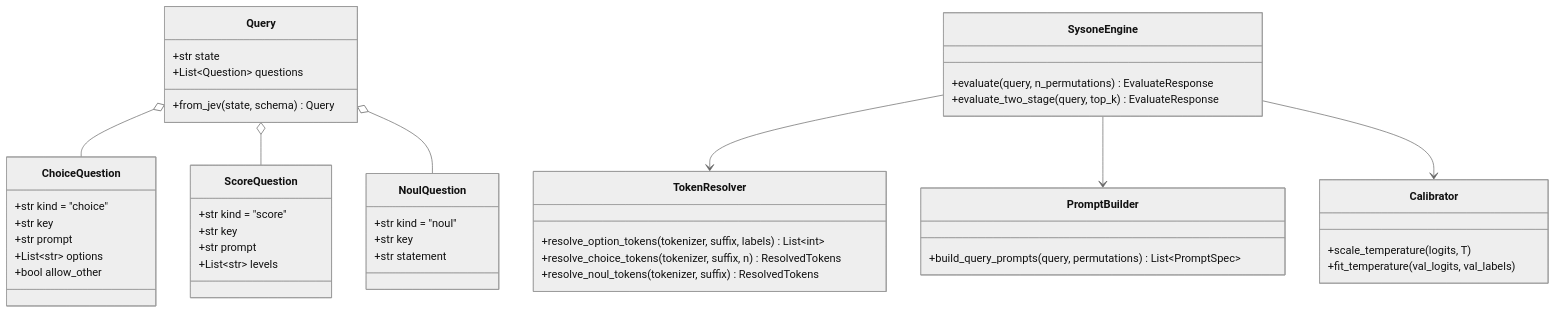
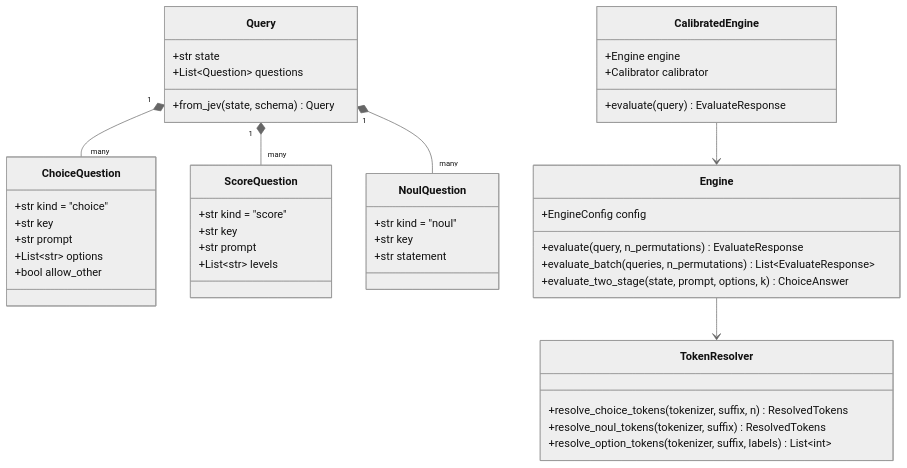
The second of 10 diagrams in architecture.md (Okura66/kahn1), drawn with Mermaid (neutral theme) before and after one commit. The commit also changed other lines of this file and 4 other files, not shown here.

````diff
--- a/architecture.md
+++ b/architecture.md
@@ -42,49 +55,48 @@
 ```mermaid
 classDiagram
     class Query {
         +str state
         +List~Question~ questions
         +from_jev(state, schema) Query
     }
     class ChoiceQuestion {
         +str kind = "choice"
         +str key
         +str prompt
         +List~str~ options
         +bool allow_other
     }
     class ScoreQuestion {
         +str kind = "score"
         +str key
         +str prompt
         +List~str~ levels
     }
     class NoulQuestion {
         +str kind = "noul"
         +str key
         +str statement
     }
     class TokenResolver {
-        +resolve_option_tokens(tokenizer, suffix, labels) List~int~
         +resolve_choice_tokens(tokenizer, suffix, n) ResolvedTokens
         +resolve_noul_tokens(tokenizer, suffix) ResolvedTokens
+        +resolve_option_tokens(tokenizer, suffix, labels) List~int~
     }
-    class PromptBuilder {
-        +build_query_prompts(query, permutations) List~PromptSpec~
+    class Engine {
+        +EngineConfig config
+        +evaluate(query, n_permutations) EvaluateResponse
+        +evaluate_batch(queries, n_permutations) List~EvaluateResponse~
+        +evaluate_two_stage(state, prompt, options, k) ChoiceAnswer
     }
-    class SysoneEngine {
-        +evaluate(query, n_permutations) EvaluateResponse
-        +evaluate_two_stage(query, top_k) EvaluateResponse
-    }
-    class Calibrator {
-        +scale_temperature(logits, T)
-        +fit_temperature(val_logits, val_labels)
+    class CalibratedEngine {
+        +Engine engine
+        +Calibrator calibrator
+        +evaluate(query) EvaluateResponse
     }
 
-    Query o-- ChoiceQuestion
-    Query o-- ScoreQuestion
-    Query o-- NoulQuestion
-    SysoneEngine --> TokenResolver
-    SysoneEngine --> PromptBuilder
-    SysoneEngine --> Calibrator
+    Query "1" *-- "many" ChoiceQuestion
+    Query "1" *-- "many" ScoreQuestion
+    Query "1" *-- "many" NoulQuestion
+    Engine --> TokenResolver
+    CalibratedEngine --> Engine
 ```
````
